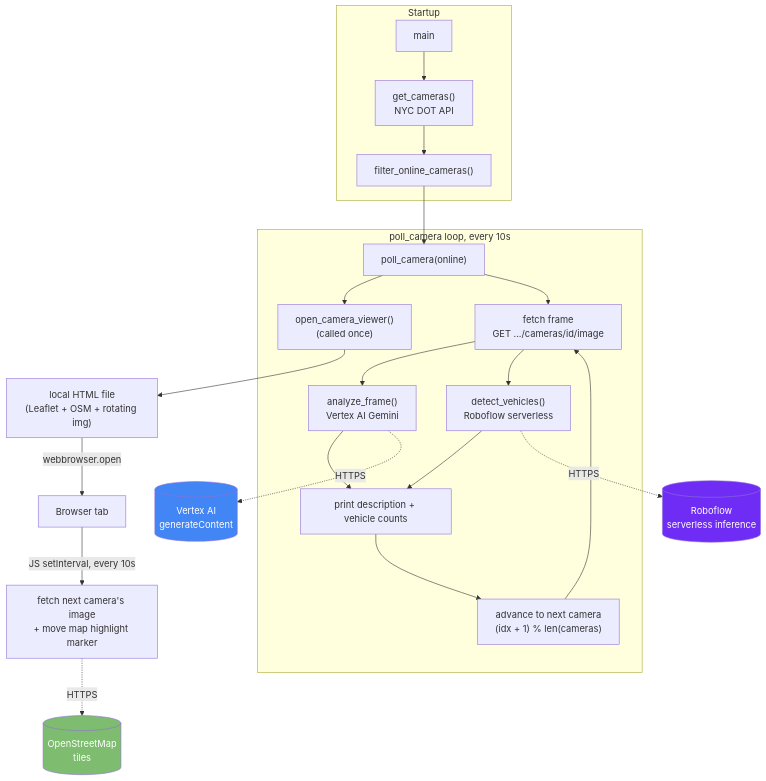
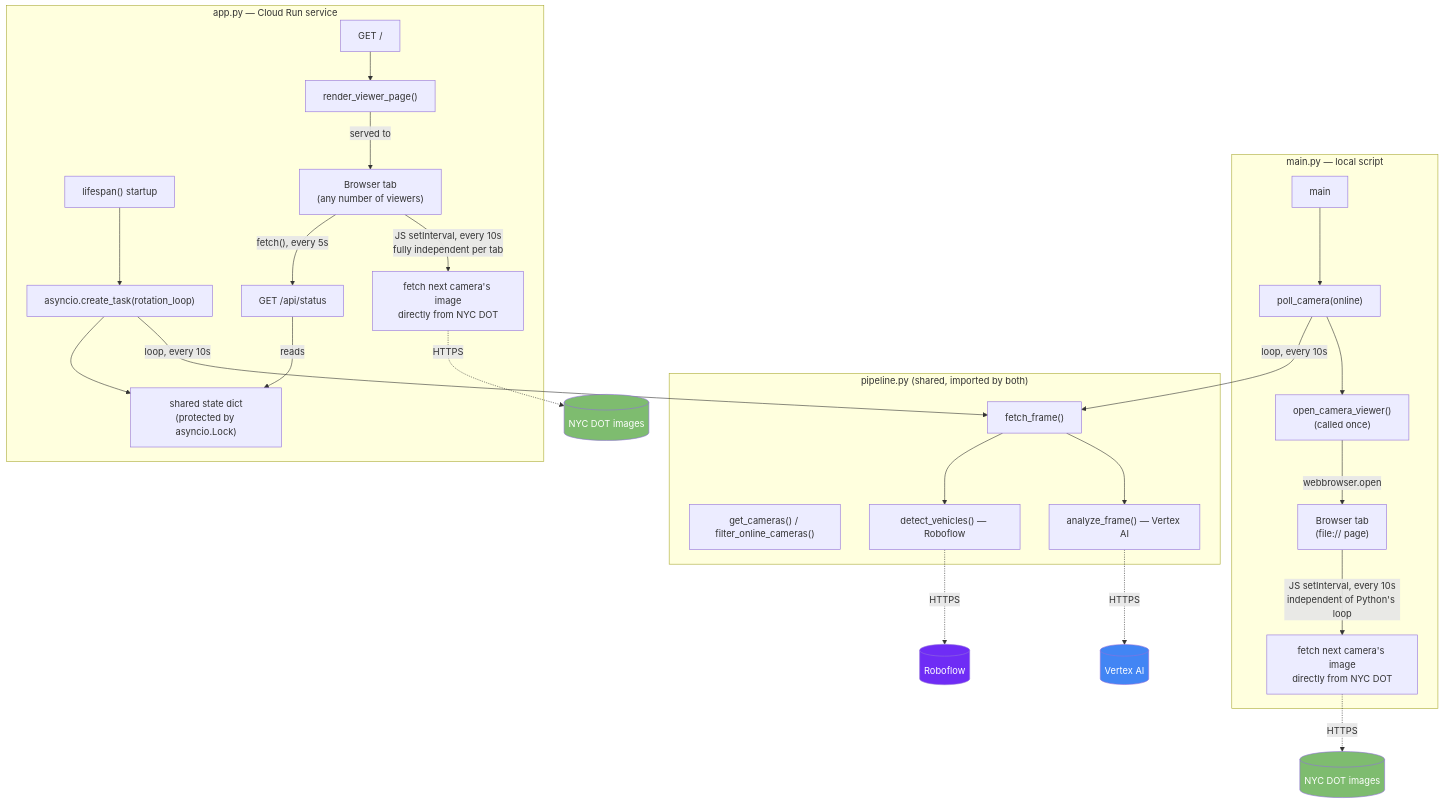
One commit to wilmccann/nyc-dot-cams changed the diagram in docs/ARCHITECTURE.md. Above: the diagram before and after it, drawn with Mermaid. The commit also changed other lines of this file and 14 other files, not shown here.

````diff
--- a/docs/ARCHITECTURE.md
+++ b/docs/ARCHITECTURE.md
@@ -60,32 +89,40 @@
 ```mermaid
 flowchart TB
-    subgraph Startup
-        A[main] --> B["get_cameras()\nNYC DOT API"]
-        B --> C["filter_online_cameras()"]
+    subgraph "pipeline.py (shared, imported by both)"
+        P1["get_cameras() / filter_online_cameras()"]
+        P2["fetch_frame()"]
+        P3["analyze_frame() — Vertex AI"]
+        P4["detect_vehicles() — Roboflow"]
     end
 
-    C --> D["poll_camera(online)"]
-
-    subgraph "poll_camera loop, every 10s"
-        D --> E["open_camera_viewer()\n(called once)"]
-        D --> F["fetch frame\nGET .../cameras/id/image"]
-        F --> G["analyze_frame()\nVertex AI Gemini"]
-        F --> H["detect_vehicles()\nRoboflow serverless"]
-        G --> I["print description + vehicle counts"]
-        H --> I
-        I --> J["advance to next camera\n(idx + 1) % len(cameras)"]
-        J --> F
+    subgraph "main.py — local script"
+        M1[main] --> M2["poll_camera(online)"]
+        M2 --> M3["open_camera_viewer()\n(called once)"]
+        M2 -->|"loop, every 10s"| P2
+        M3 -->|"webbrowser.open"| M4["Browser tab\n(file:// page)"]
+        M4 -->|"JS setInterval, every 10s\nindependent of Python's loop"| P2b["fetch next camera's image\ndirectly from NYC DOT"]
     end
 
-    E --> K["local HTML file\n(Leaflet + OSM + rotating img)"]
-    K -->|webbrowser.open| L["Browser tab"]
-    L -->|JS setInterval, every 10s| M["fetch next camera's image\n+ move map highlight marker"]
+    subgraph "app.py — Cloud Run service"
+        A1["lifespan() startup"] --> A2["asyncio.create_task(rotation_loop)"]
+        A2 -->|"loop, every 10s"| P2
+        A2 --> A3["shared state dict\n(protected by asyncio.Lock)"]
+        A4["GET /"] --> A5["render_viewer_page()"]
+        A6["GET /api/status"] -->|"reads"| A3
+        A5 -->|"served to"| A7["Browser tab\n(any number of viewers)"]
+        A7 -->|"JS setInterval, every 10s\nfully independent per tab"| P2c["fetch next camera's image\ndirectly from NYC DOT"]
+        A7 -->|"fetch(), every 5s"| A6
+    end
 
-    G -.->|"HTTPS"| N[(Vertex AI\ngenerateContent)]
-    H -.->|"HTTPS"| O[(Roboflow\nserverless inference)]
-    M -.->|"HTTPS"| P[(OpenStreetMap\ntiles)]
+    P2 --> P3
+    P2 --> P4
+    P3 -.->|HTTPS| V[(Vertex AI)]
+    P4 -.->|HTTPS| R[(Roboflow)]
+    P2b -.->|HTTPS| N1[(NYC DOT images)]
+    P2c -.->|HTTPS| N2[(NYC DOT images)]
 
-    style N fill:#4285f4,color:#fff
-    style O fill:#6f2cf5,color:#fff
-    style P fill:#7ebc6f,color:#fff
+    style V fill:#4285f4,color:#fff
+    style R fill:#6f2cf5,color:#fff
+    style N1 fill:#7ebc6f,color:#fff
+    style N2 fill:#7ebc6f,color:#fff
 ```
````
